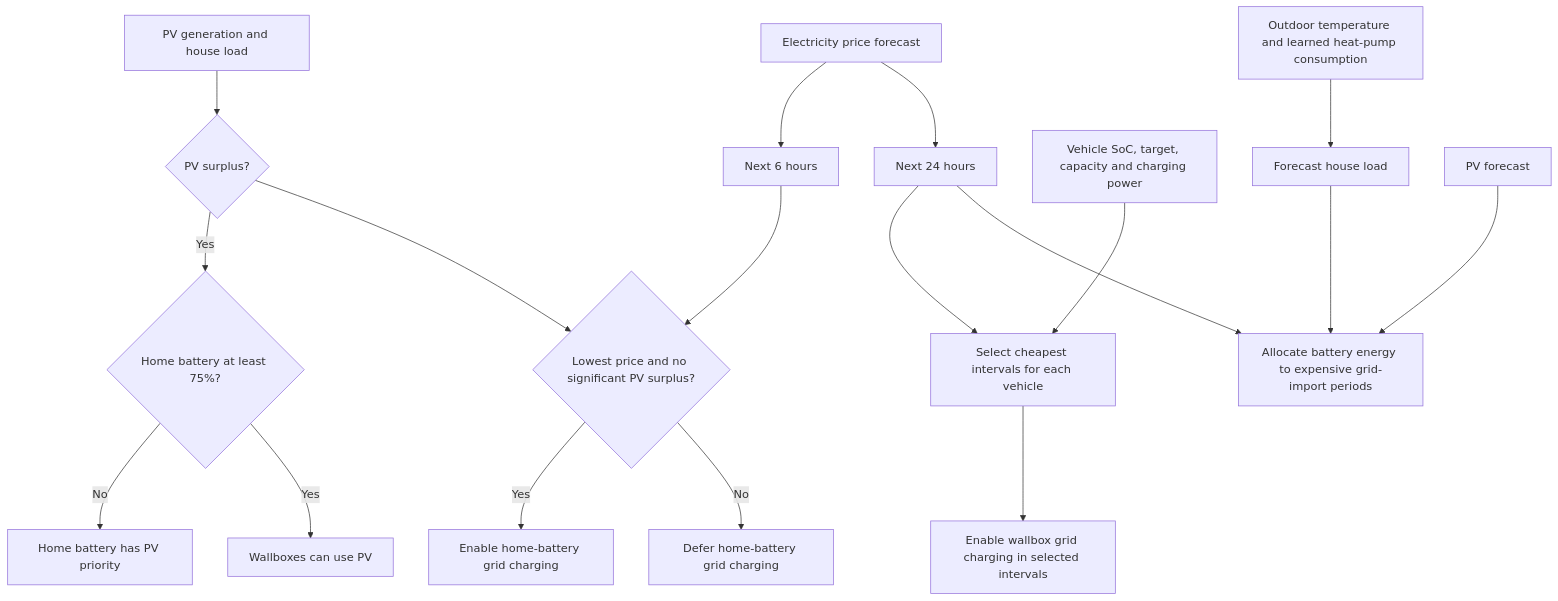
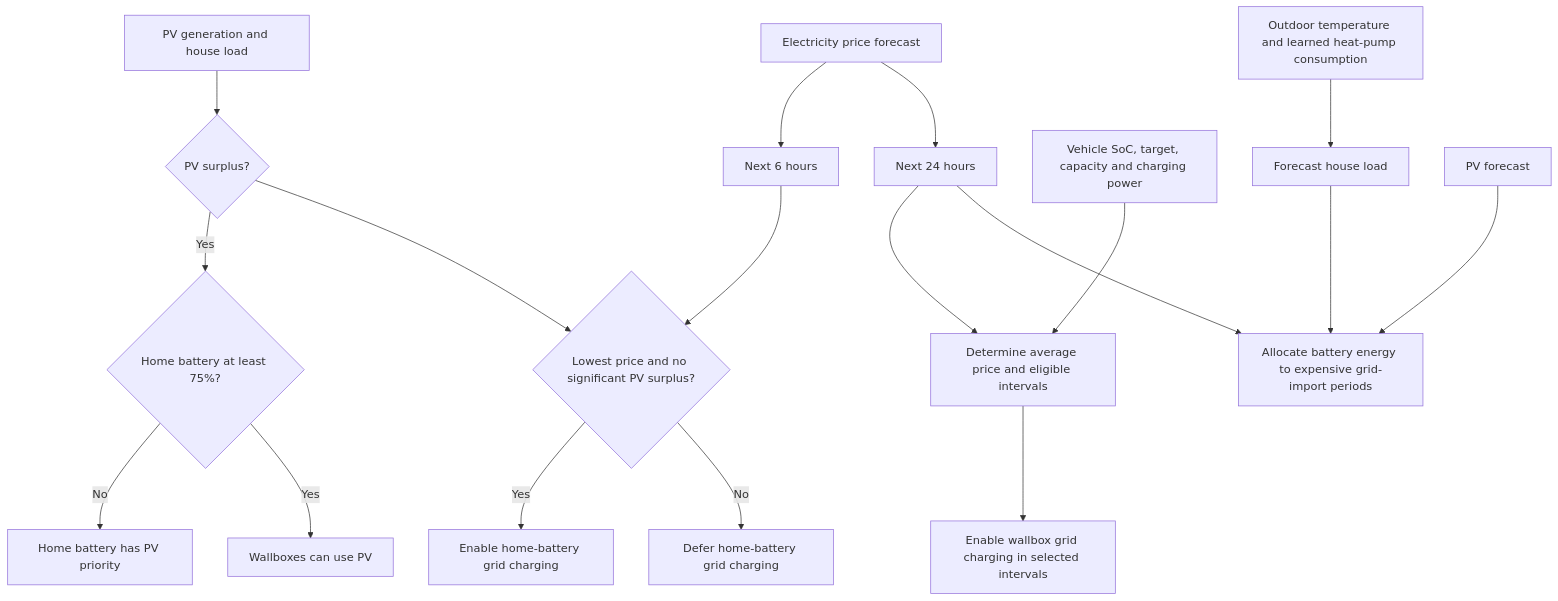
Before and after one commit to synb10se/docs: the diagram in home-assistant/evcc/EVCC_PREISOPTIMIERUNG.en.md, drawn with Mermaid. The commit also changed other lines of this file and 1 other file, not shown here.

````diff
--- a/home-assistant/evcc/EVCC_PREISOPTIMIERUNG.en.md
+++ b/home-assistant/evcc/EVCC_PREISOPTIMIERUNG.en.md
@@ -17,22 +17,22 @@
 ```mermaid
 flowchart TD
     PV["PV generation and house load"] --> U{"PV surplus?"}
     U -->|Yes| S{"Home battery at least 75%?"}
     S -->|No| B["Home battery has PV priority"]
     S -->|Yes| W["Wallboxes can use PV"]
 
     P["Electricity price forecast"] --> P6["Next 6 hours"]
     P6 --> G{"Lowest price and no significant PV surplus?"}
     U --> G
     G -->|Yes| N["Enable home-battery grid charging"]
     G -->|No| X["Defer home-battery grid charging"]
     P --> P24["Next 24 hours"]
-    P24 --> F["Select cheapest intervals for each vehicle"]
+    P24 --> F["Determine average price and eligible intervals"]
     D["Vehicle SoC, target, capacity and charging power"] --> F
     F --> L["Enable wallbox grid charging in selected intervals"]
 
     T["Outdoor temperature and learned heat-pump consumption"] --> V["Forecast house load"]
     V --> E["Allocate battery energy to expensive grid-import periods"]
     P24 --> E
     PVF["PV forecast"] --> E
 ```
````
